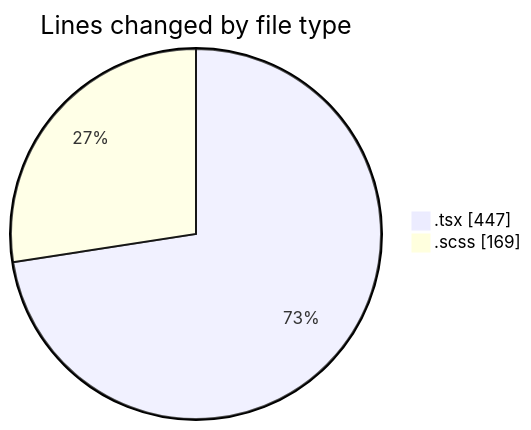
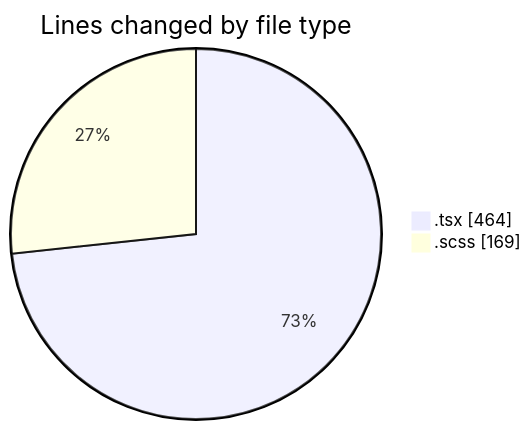
The first of 2 diagrams in 2026-04-16/cda/README.md (momahboobian/code-tracking), drawn with Mermaid before and after one commit. The commit also changed other lines of this file and 1 other file, not shown here.

````diff
--- a/2026-04-16/cda/README.md
+++ b/2026-04-16/cda/README.md
@@ -23,6 +23,6 @@
 ```mermaid
 pie showData
 title Lines changed by file type
-".tsx" : 447
+".tsx" : 464
 ".scss" : 169
 ```
````
